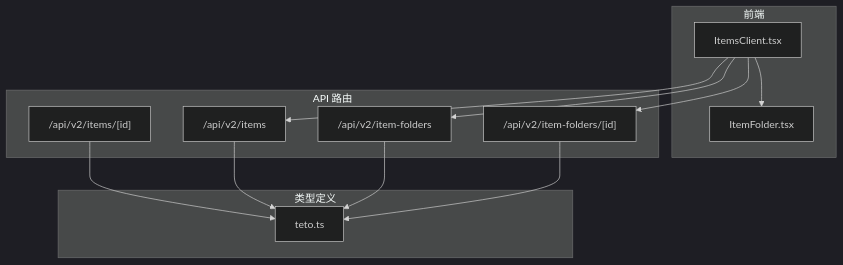
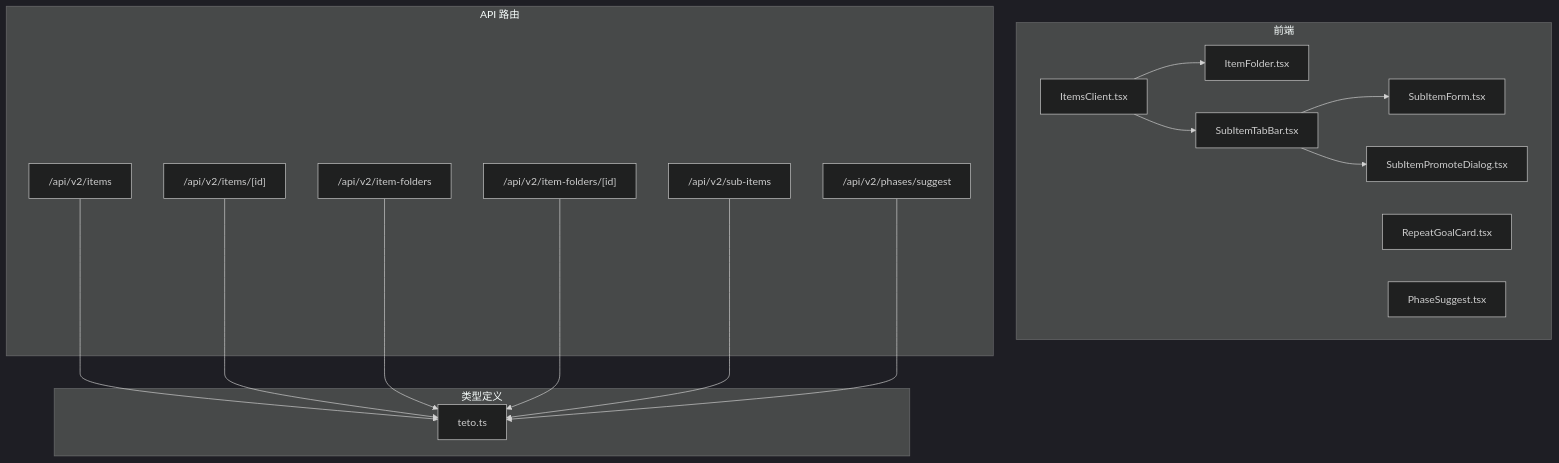
The first of 11 diagrams in .qoder/repowiki/zh/content/核心功能模块/项目跟踪系统/项目管理.md (bbong1234/TETO), drawn with Mermaid (dark theme) before and after one commit. The commit also changed other lines of this file and 10 other files, not shown here.

````diff
--- a/.qoder/repowiki/zh/content/核心功能模块/项目跟踪系统/项目管理.md
+++ b/.qoder/repowiki/zh/content/核心功能模块/项目跟踪系统/项目管理.md
@@ -45,24 +77,33 @@
 ```mermaid
 graph TB
 subgraph "前端"
 IC["ItemsClient.tsx"]
 IF["ItemFolder.tsx"]
+SIF["SubItemForm.tsx"]
+SIPD["SubItemPromoteDialog.tsx"]
+SITB["SubItemTabBar.tsx"]
+RGC["RepeatGoalCard.tsx"]
+PS["PhaseSuggest.tsx"]
 end
 subgraph "API 路由"
 R1["/api/v2/items"]
 R2["/api/v2/items/[id]"]
 R3["/api/v2/item-folders"]
 R4["/api/v2/item-folders/[id]"]
+RSI["/api/v2/sub-items"]
+RPS["/api/v2/phases/suggest"]
 end
 subgraph "类型定义"
 T["teto.ts"]
 end
 IC --> IF
-IC --> R1
-IC --> R3
-IC --> R4
+IC --> SITB
+SITB --> SIF
+SITB --> SIPD
+R1 --> T
 R2 --> T
-R1 --> T
 R3 --> T
 R4 --> T
+RSI --> T
+RPS --> T
 ```
````
